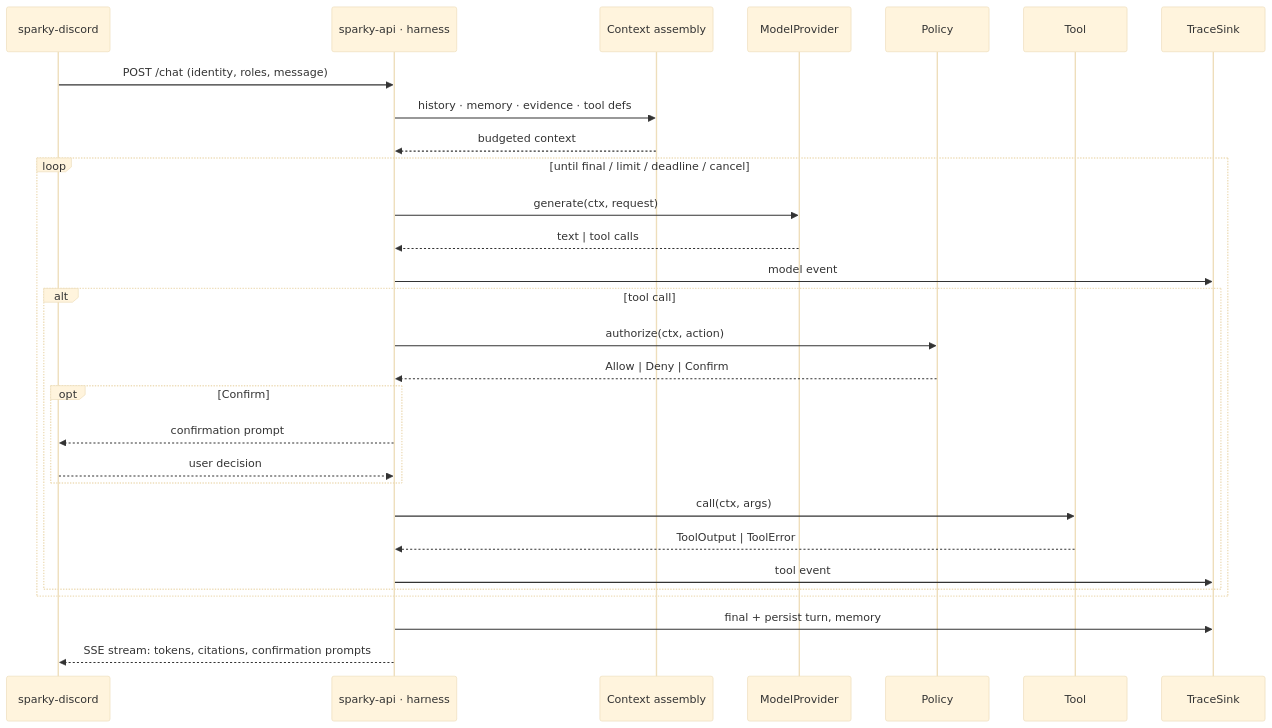
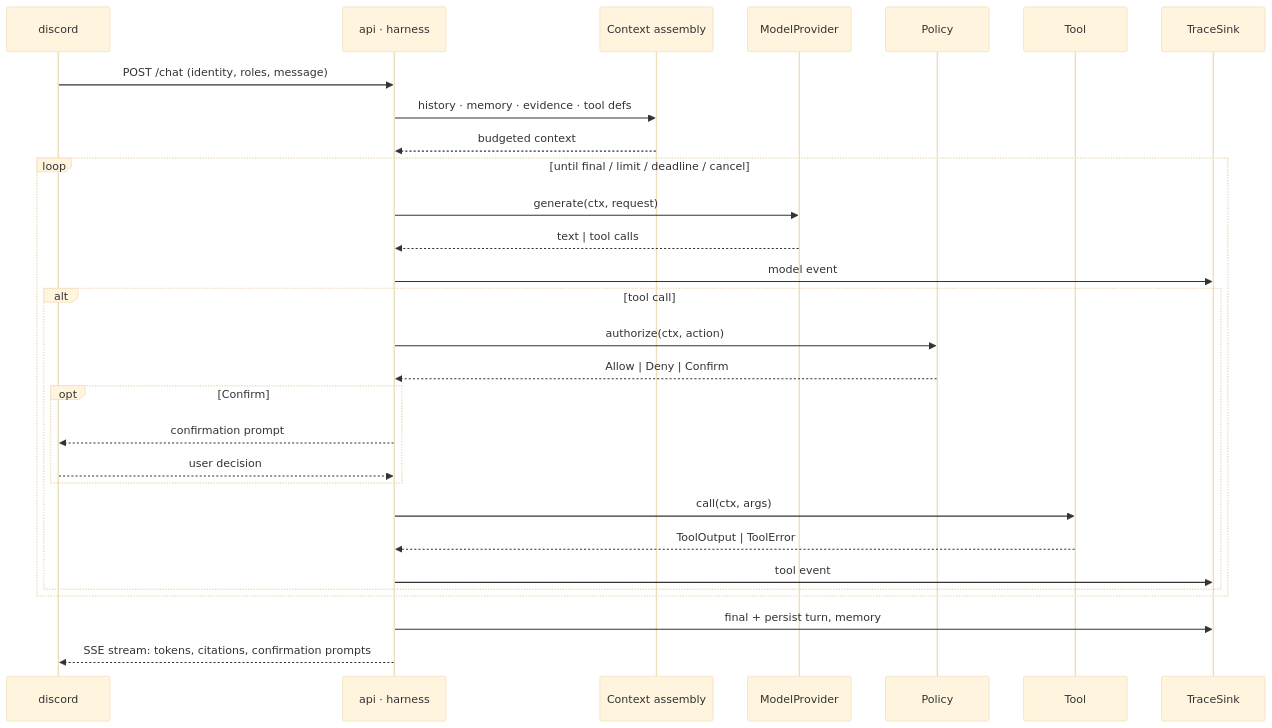
The third of 9 diagrams in docs/ARCHITECTURE.md (ashworks1706/SparkyAI), drawn with Mermaid (base theme) before and after one commit. The commit also changed other lines of this file and 76 other files, not shown here.

First line of the commit message:
Fold crates into apps/api modules; apps/inference; binaries api and discord

````diff
--- a/docs/ARCHITECTURE.md
+++ b/docs/ARCHITECTURE.md
@@ -196,32 +195,32 @@
 ```mermaid
 sequenceDiagram
-    participant D as sparky-discord
-    participant H as sparky-api · harness
+    participant D as discord
+    participant H as api · harness
     participant C as Context assembly
     participant M as ModelProvider
     participant P as Policy
     participant T as Tool
     participant X as TraceSink
 
     D->>H: POST /chat (identity, roles, message)
     H->>C: history · memory · evidence · tool defs
     C-->>H: budgeted context
     loop until final / limit / deadline / cancel
         H->>M: generate(ctx, request)
         M-->>H: text | tool calls
         H->>X: model event
         alt tool call
             H->>P: authorize(ctx, action)
             P-->>H: Allow | Deny | Confirm
             opt Confirm
                 H-->>D: confirmation prompt
                 D-->>H: user decision
             end
             H->>T: call(ctx, args)
             T-->>H: ToolOutput | ToolError
             H->>X: tool event
         end
     end
     H->>X: final + persist turn, memory
     H-->>D: SSE stream: tokens, citations, confirmation prompts
 ```
````
